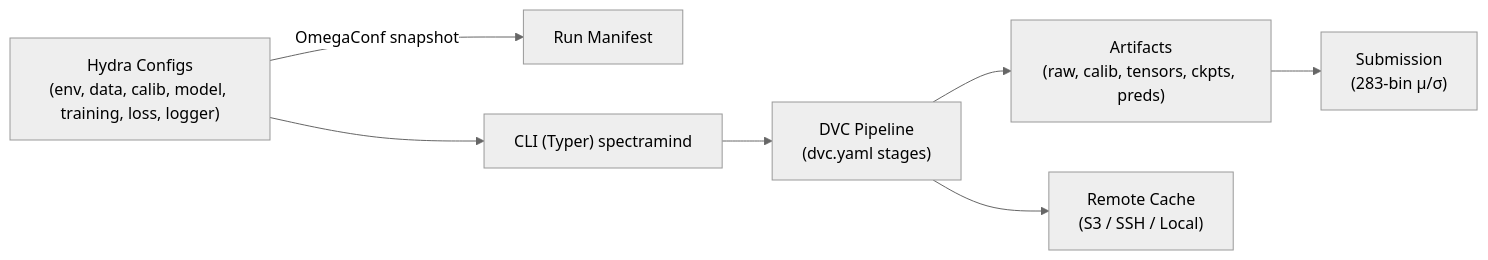
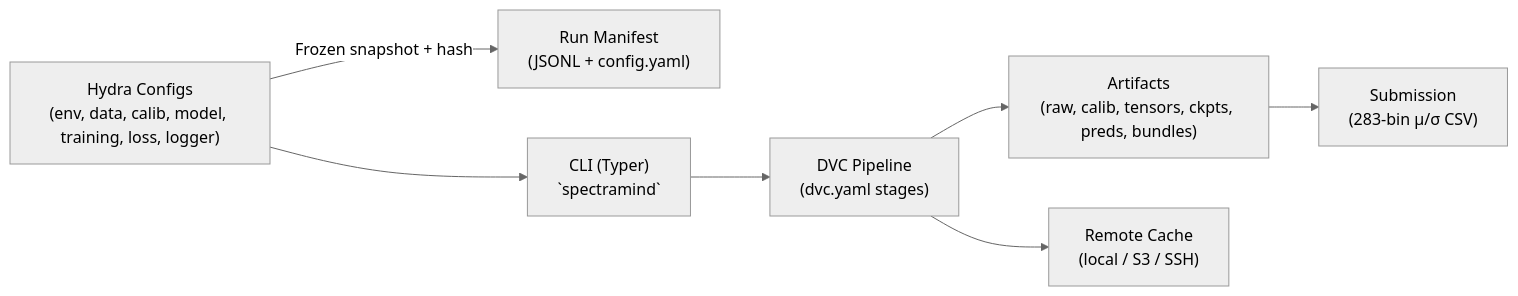
Before and after one commit to bartytime4life/SpectralMindV50: the diagram in ADR/0001-choose-hydra-dvc.md, drawn with Mermaid (neutral theme). The commit also changed other lines of this file, not shown here.

`````diff
--- a/ADR/0001-choose-hydra-dvc.md
+++ b/ADR/0001-choose-hydra-dvc.md
@@ -77,11 +80,11 @@
 ```mermaid
 flowchart LR
   A["Hydra Configs\n(env, data, calib, model, training, loss, logger)"]
-    -->|OmegaConf snapshot| B["Run Manifest"]
+    -->|Frozen snapshot + hash| B["Run Manifest\n(JSONL + config.yaml)"]
 
-  A --> C["CLI (Typer) spectramind"]
+  A --> C["CLI (Typer)\n`spectramind`"]
   C --> D["DVC Pipeline\n(dvc.yaml stages)"]
-  D --> E["Artifacts\n(raw, calib, tensors, ckpts, preds)"]
-  E --> F["Submission\n(283-bin μ/σ)"]
-  D --> G["Remote Cache\n(S3 / SSH / Local)"]
-````
+  D --> E["Artifacts\n(raw, calib, tensors, ckpts, preds, bundles)"]
+  D --> G["Remote Cache\n(local / S3 / SSH)"]
+  E --> F["Submission\n(283-bin μ/σ CSV)"]
+```
`````
